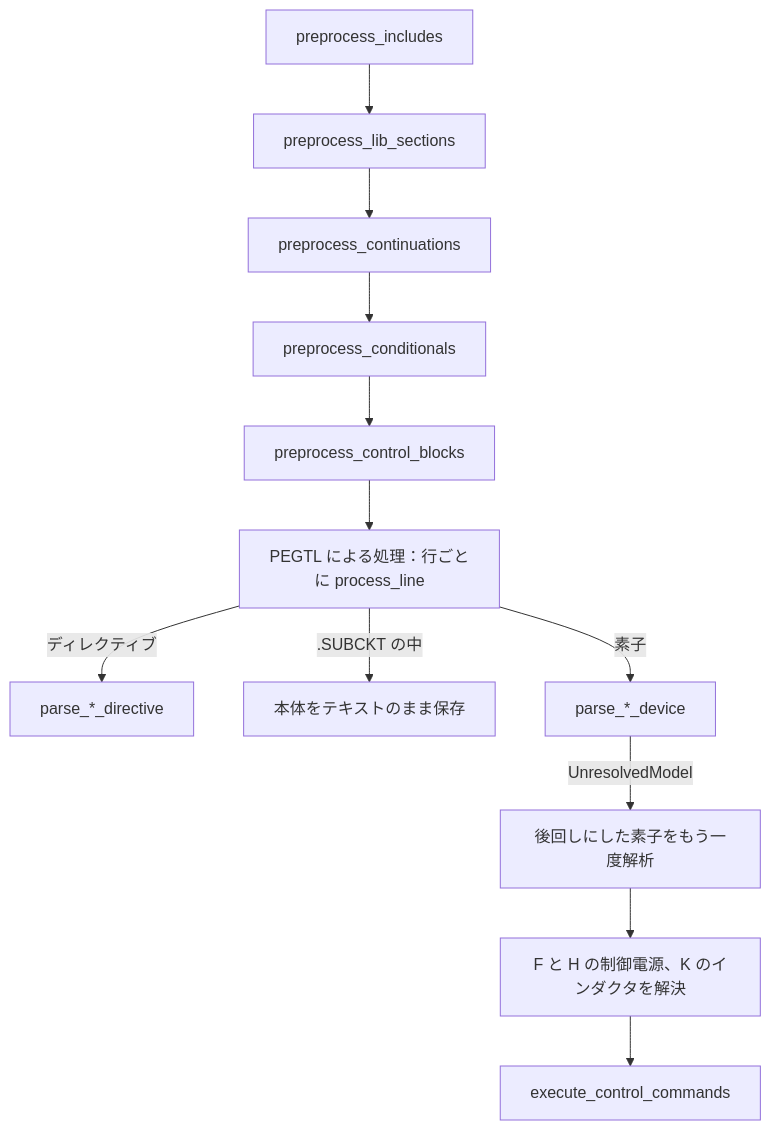
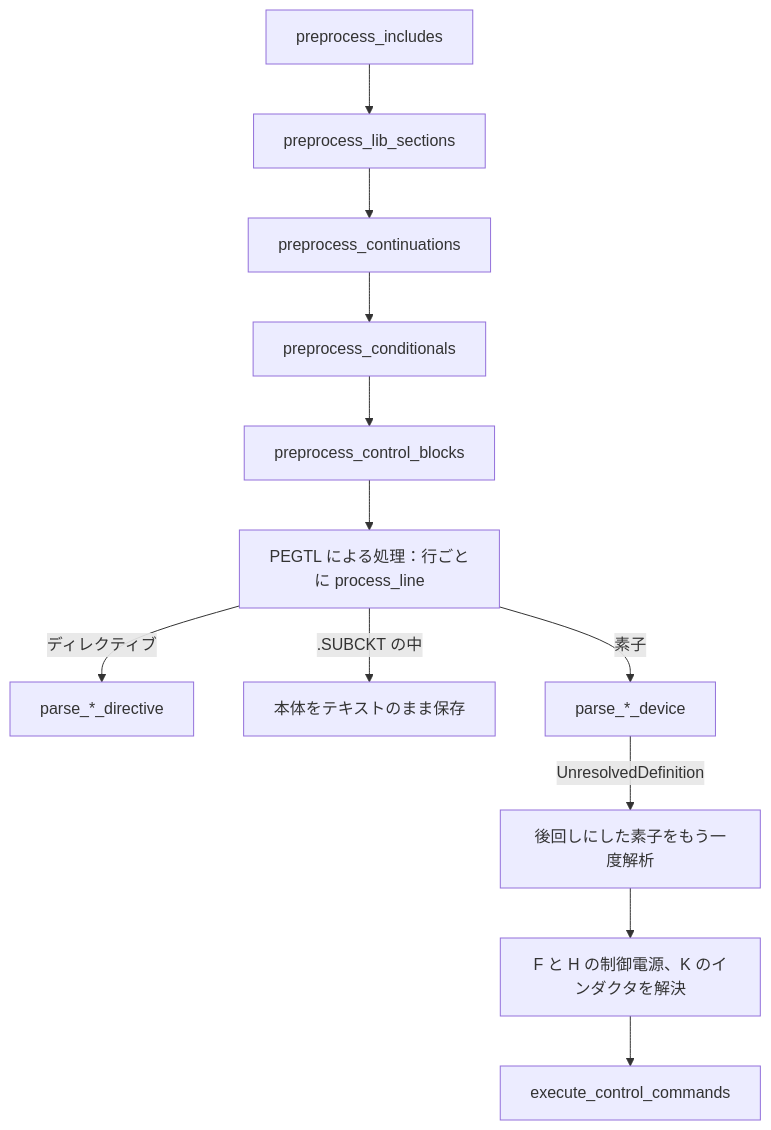
One commit to kurochan001/kirimaspice changed the second of 3 diagrams in docs/ARCHITECTURE.ja.md. Above: the diagram before and after it, drawn with Mermaid. The commit also changed other lines of this file and 5 other files, not shown here.

````diff
--- a/docs/ARCHITECTURE.ja.md
+++ b/docs/ARCHITECTURE.ja.md
@@ -112,12 +112,12 @@
 ```mermaid
 flowchart TD
   A[preprocess_includes] --> B[preprocess_lib_sections] --> C[preprocess_continuations]
   C --> D[preprocess_conditionals] --> E[preprocess_control_blocks]
   E --> G["PEGTL による処理：行ごとに process_line"]
   G -->|ディレクティブ| H["parse_*_directive"]
   G -->|".SUBCKT の中"| I["本体をテキストのまま保存"]
   G -->|素子| J["parse_*_device"]
-  J -->|"UnresolvedModel"| K["後回しにした素子をもう一度解析"]
+  J -->|"UnresolvedDefinition"| K["後回しにした素子をもう一度解析"]
   K --> L["F と H の制御電源、K のインダクタを解決"]
   L --> N["execute_control_commands"]
 ```
````
